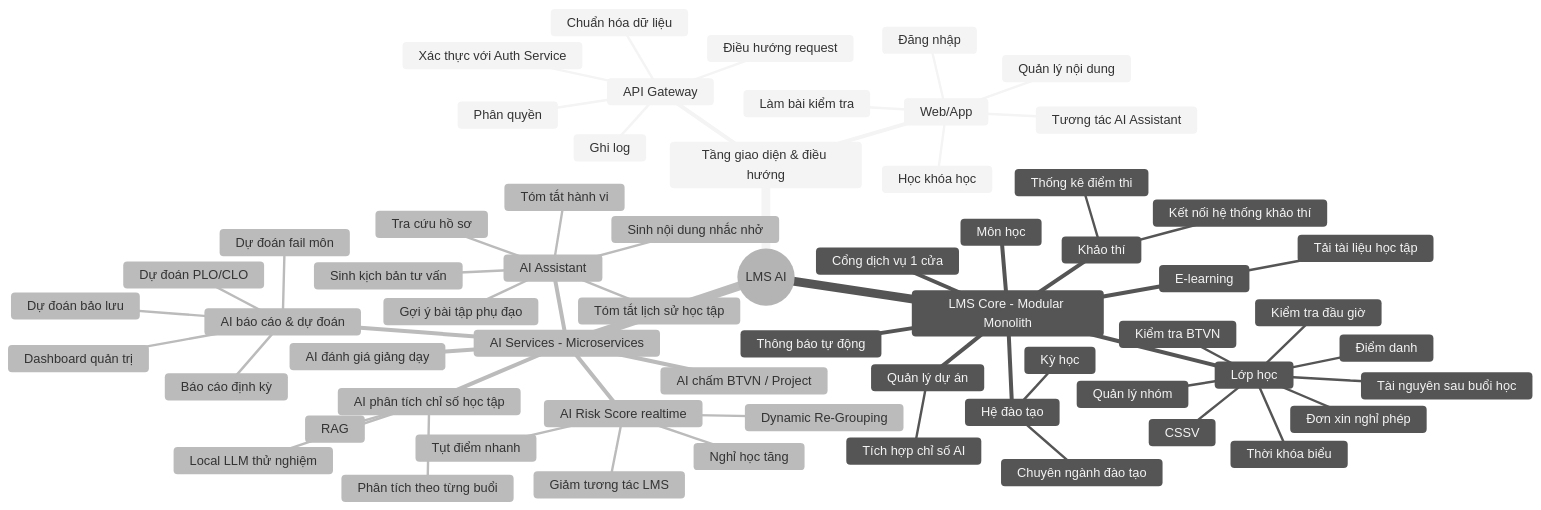
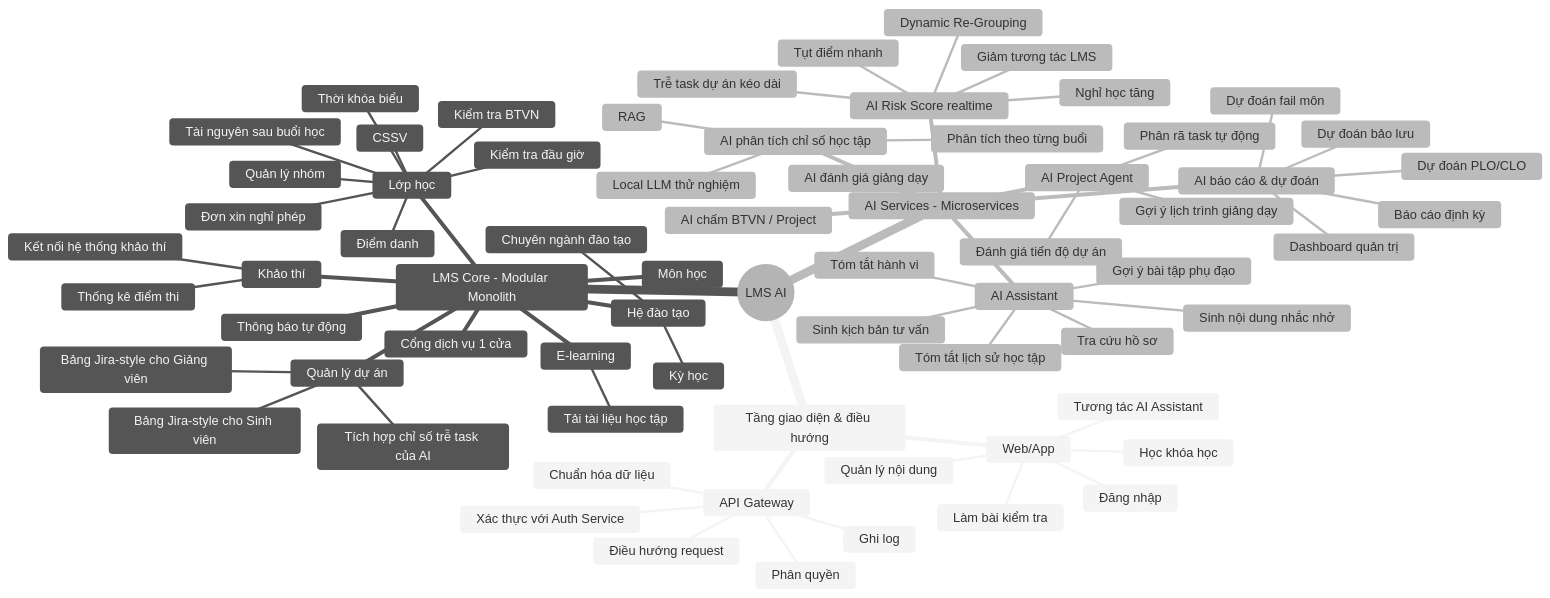
Before and after one commit to DuowngM/Bao_cao: the second of 7 diagrams in so-do-chuc-nang-lms-ai.md, drawn with Mermaid (neutral theme). The commit also changed other lines of this file, not shown here.

````diff
--- a/so-do-chuc-nang-lms-ai.md
+++ b/so-do-chuc-nang-lms-ai.md
@@ -31,65 +51,72 @@
 ```mermaid
 mindmap
   root((LMS AI))
     Tầng giao diện & điều hướng
       Web/App
         Đăng nhập
         Học khóa học
         Làm bài kiểm tra
         Tương tác AI Assistant
         Quản lý nội dung
       API Gateway
         Điều hướng request
         Xác thực với Auth Service
         Phân quyền
         Ghi log
         Chuẩn hóa dữ liệu
     LMS Core - Modular Monolith
       Hệ đào tạo
         Chuyên ngành đào tạo
         Kỳ học
       Môn học
       Lớp học
         Điểm danh
         Thời khóa biểu
         Quản lý nhóm
         CSSV
         Kiểm tra đầu giờ
         Tài nguyên sau buổi học
         Đơn xin nghỉ phép
         Kiểm tra BTVN
       Khảo thí
         Kết nối hệ thống khảo thí
         Thống kê điểm thi
       E-learning
         Tải tài liệu học tập
       Thông báo tự động
       Quản lý dự án
-        Tích hợp chỉ số AI
+        Bảng Jira-style cho Sinh viên
+        Bảng Jira-style cho Giảng viên
+        Tích hợp chỉ số trễ task của AI
       Cổng dịch vụ 1 cửa
     AI Services - Microservices
+      AI Project Agent
+        Phân rã task tự động
+        Đánh giá tiến độ dự án
+        Gợi ý lịch trình giảng dạy
       AI chấm BTVN / Project
       AI phân tích chỉ số học tập
         RAG
         Local LLM thử nghiệm
         Phân tích theo từng buổi
       AI Risk Score realtime
         Giảm tương tác LMS
         Nghỉ học tăng
         Tụt điểm nhanh
+        Trễ task dự án kéo dài
         Dynamic Re-Grouping
       AI Assistant
         Tra cứu hồ sơ
         Tóm tắt lịch sử học tập
         Tóm tắt hành vi
         Sinh kịch bản tư vấn
         Sinh nội dung nhắc nhở
         Gợi ý bài tập phụ đạo
       AI báo cáo & dự đoán
         Dashboard quản trị
         Báo cáo định kỳ
         Dự đoán fail môn
         Dự đoán bảo lưu
         Dự đoán PLO/CLO
       AI đánh giá giảng dạy
 ```
````
